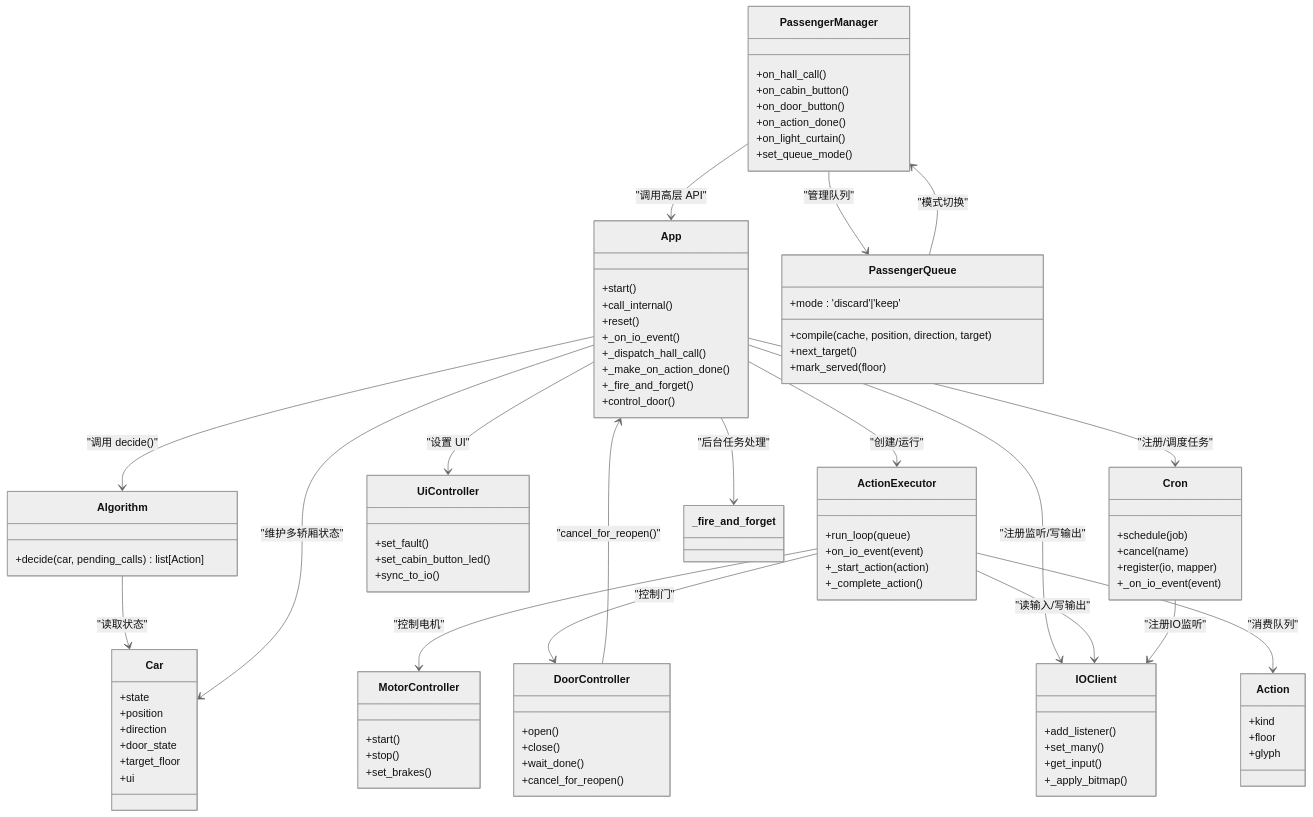
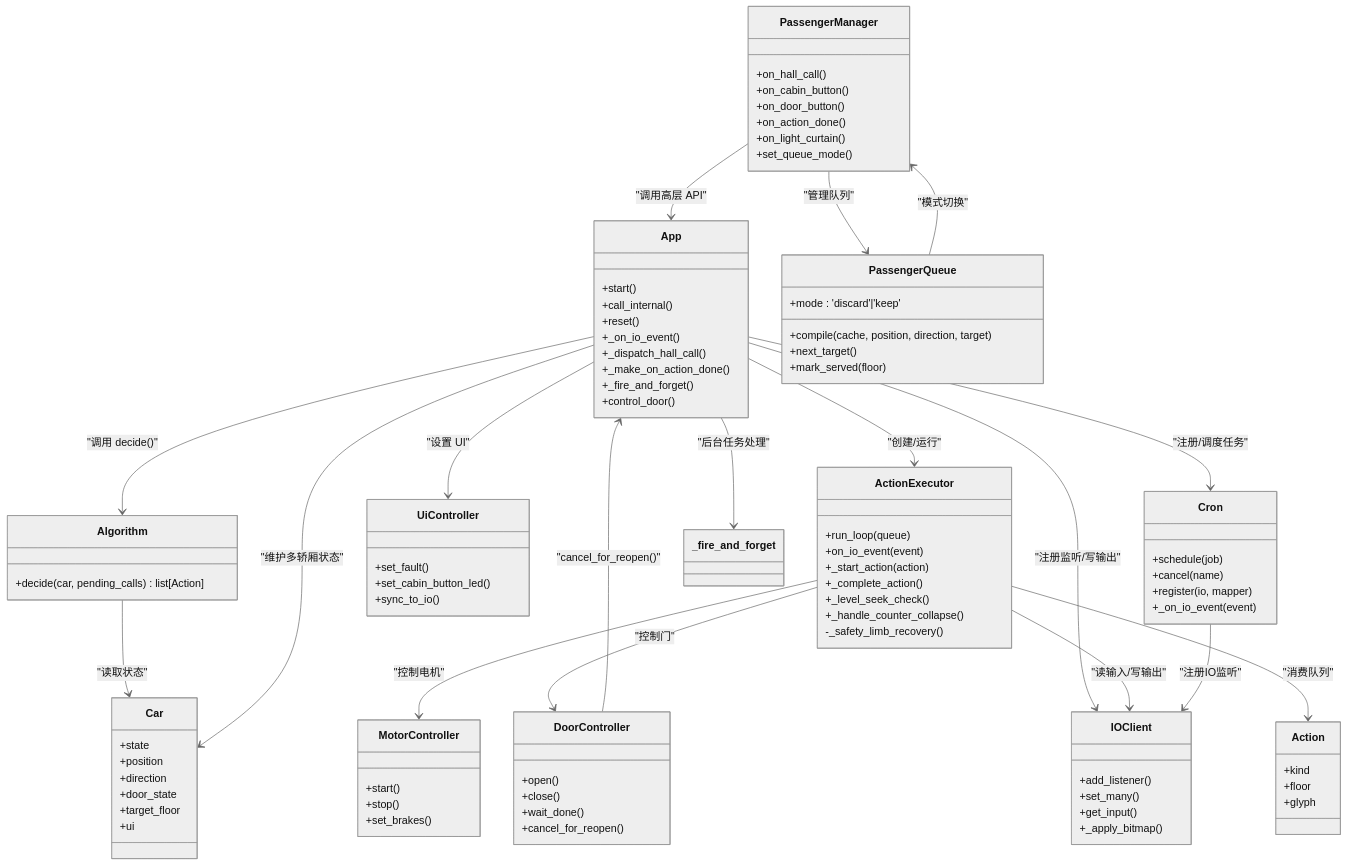
Before and after one commit to xmb505/Haku_EET: the second of 8 diagrams in .qoder/repowiki/zh/content/系统架构概览/系统架构概览.md, drawn with Mermaid (neutral theme). The commit also changed other lines of this file and 10 other files, not shown here.

```diff
--- a/.qoder/repowiki/zh/content/系统架构概览/系统架构概览.md
+++ b/.qoder/repowiki/zh/content/系统架构概览/系统架构概览.md
@@ -155,6 +153,9 @@
 +on_io_event(event)
 +_start_action(action)
 +_complete_action()
++_level_seek_check()
++_handle_counter_collapse()
+-_safety_limb_recovery()
 }
 class MotorController {
 +start()
```
